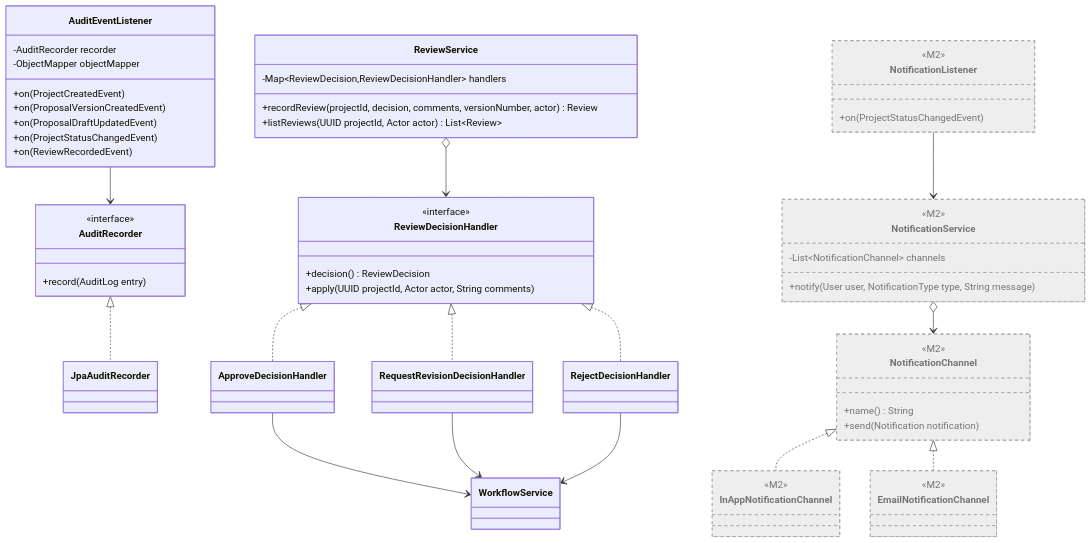
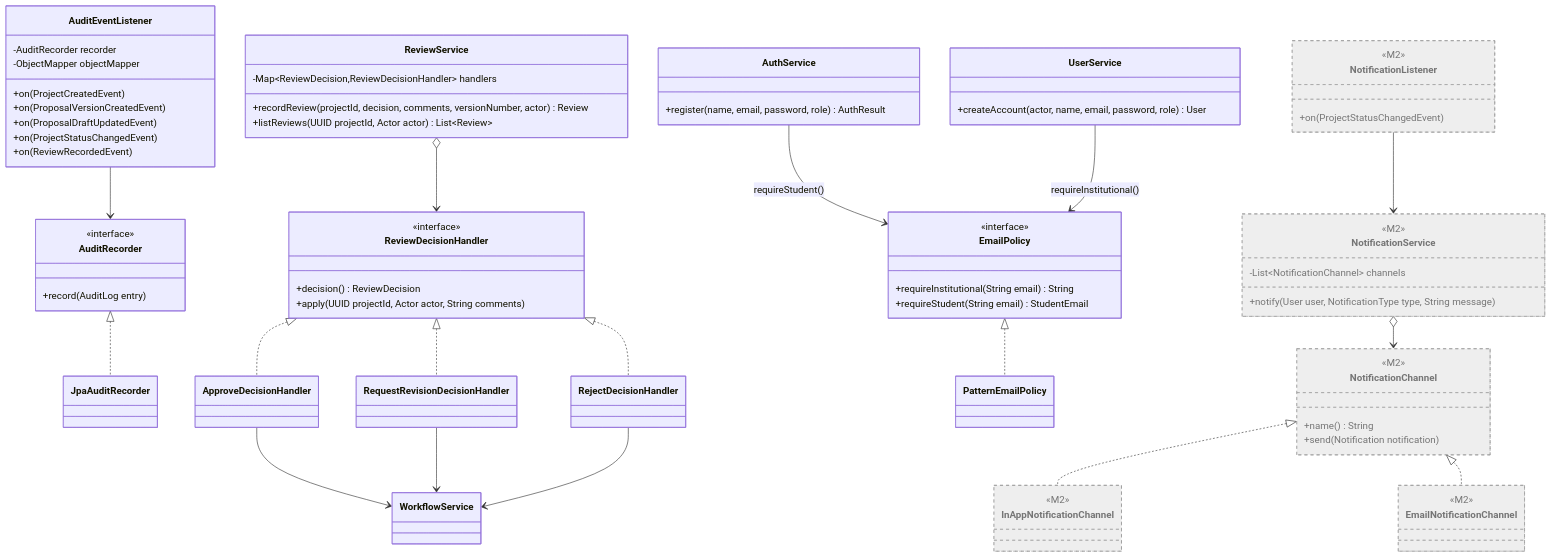
Before and after one commit to udita-0707/Prastaav: diagram 12 of 12 in docs/diagrams.md, drawn with Mermaid. The commit also changed other lines of this file and 7 other files, not shown here.

Commit message:
docs(auth): institution profile, email policy and demo accounts

```diff
--- a/docs/diagrams.md
+++ b/docs/diagrams.md
@@ -601,6 +632,21 @@
   ApproveDecisionHandler --> WorkflowService
   RequestRevisionDecisionHandler --> WorkflowService
   RejectDecisionHandler --> WorkflowService
+  class EmailPolicy {
+    <<interface>>
+    +requireInstitutional(String email) String
+    +requireStudent(String email) StudentEmail
+  }
+  class PatternEmailPolicy
+  EmailPolicy <|.. PatternEmailPolicy
+  class AuthService {
+    +register(name, email, password, role) AuthResult
+  }
+  class UserService {
+    +createAccount(actor, name, email, password, role) User
+  }
+  AuthService --> EmailPolicy : requireStudent()
+  UserService --> EmailPolicy : requireInstitutional()
   class NotificationListener {
     <<M2>>
     +on(ProjectStatusChangedEvent)
```
